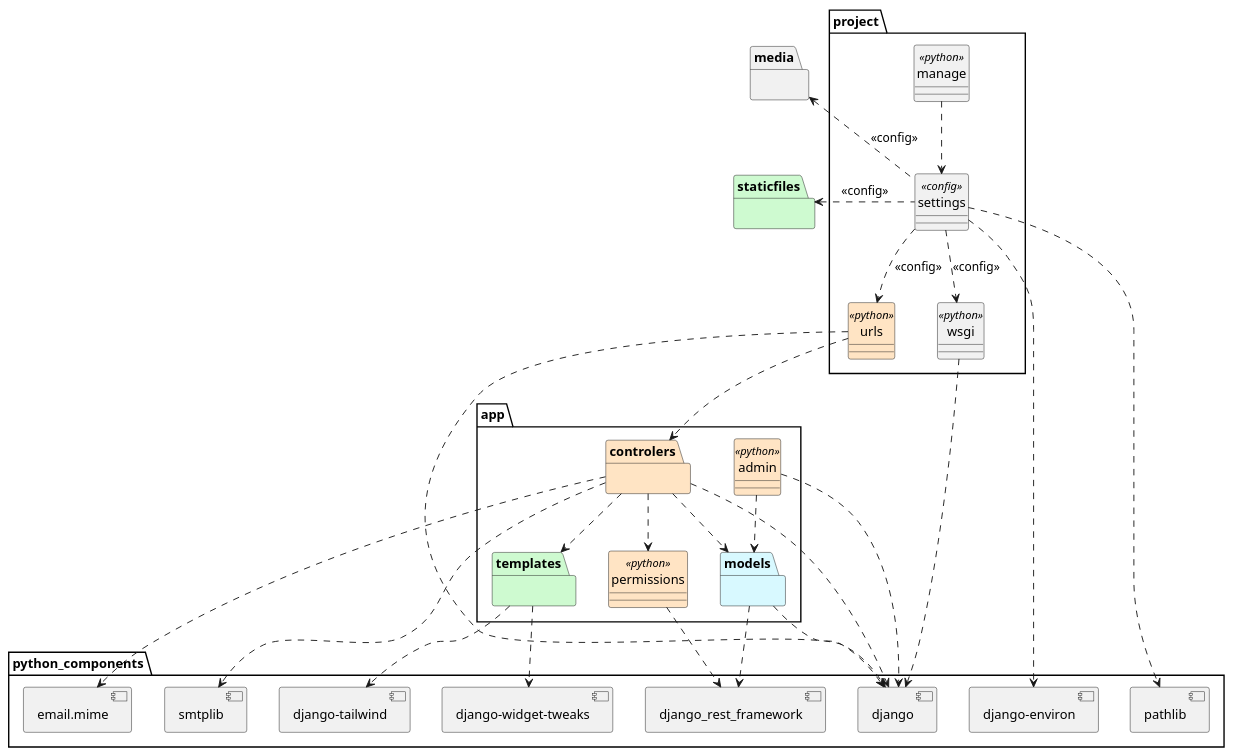
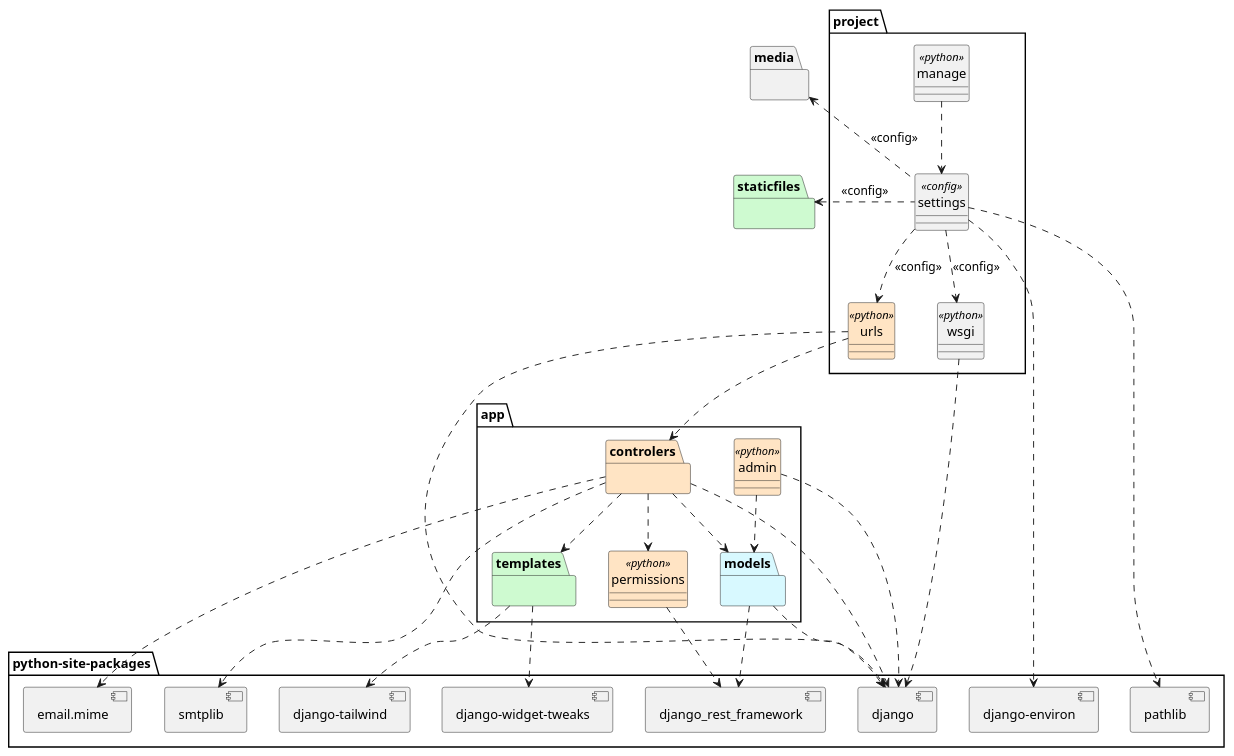
The diagram in logicalView/designView/django/packageDesign/designPackageDiagram.plantuml (mpaulaherrero/tesis-frameworks-backend-diagrams), drawn with PlantUML before and after one commit.

Commit message:
nombre mas parecido al directorio de python

```diff
--- a/logicalView/designView/django/packageDesign/designPackageDiagram.plantuml
+++ b/logicalView/designView/django/packageDesign/designPackageDiagram.plantuml
@@ -1,144 +1,144 @@
 @startuml
 skinparam style strictuml
 allow_mixing
 
-package "python_components" as components {
+package "python-site-packages" as components {
     component "django-widget-tweaks" as tweaks
     component "django-tailwind" as tailwind
     component "email.mime" as email
     component smtplib
     component "django_rest_framework" as restframework
     component pathlib
     component "django-environ" as environ
     component django {
         'component "contrib" as django.contrib
         'component "core" as django.core
         'component "http" as django.http
         'component "shortcuts" as django.shortcuts
         'component "views" as django.views
         'component "utils" as django.utils
         'component "db" as django.db
         'component "forms" as django.forms
         'component "urls" as django.url
     }
 }
 
 package project {
     '.env es un archivo de configuración de environ
     'class asgi <<python>>
     class wsgi <<python>>
     class settings <<config>>
     class urls <<python>> #bisque
     class manage <<python>>
     'será que manage va? es una utilidad de linea de comando
 }
 
 package app {
     package controlers as controllers #bisque {
         'package comment_views {}
         'package publication_views {}
         'package user_views {}
     }
     package models #d8f9ff{
         'package user {}
         'package user_forms {}
     }
     package templates #cefad0 {}
     class admin <<python>> #bisque
     class permissions <<python>> #bisque
 }
 
 package staticfiles #cefad0{
     'package admin as staticfilesadmin {
     '    package css {}
     '    package img {}
     '    package js {}
     '}
     'package rest_framework{
     '    package css {}
     '    package docs {
         '    package css {}
         '    package img {}
         '    package js {}
     '    }
     '    package fonts {}
     '    package img {}
     '    package js {}
     '}
 }
 
 'package theme #cefad0{
     'package "dist" as static.css.dist {}
     'package "templates" as theme.templates {}
 '}
 
 package media {}
 
 manage .d.> settings
 settings ..> environ
 settings ..> pathlib
 settings .d.> urls: <<config>>
 settings ..> wsgi: <<config>>
 'settings ..> templates
 'settings ..> admin
 settings .l.> media: <<config>>
 settings .l.> staticfiles: <<config>>
 'settings -l-> theme: <<config>>
 
 'diseño
 urls -[hidden]l- wsgi
 media -[hidden]d- staticfiles
 'staticfiles -[hidden]l- theme
 environ -[hidden]l- django
 
 
 wsgi ..> django
 urls ..> django
 
 urls .d.> controllers
 'urls -d-> user_views
 'urls -d-> publication_views
 'urls -d-> comment_views
 
 
 admin ..> models
 admin ..> django
 
 'comment_views --> models
 'publication_views --> models
 'user_views --> models
 'user_forms -r-> user
 controllers ..> models
 controllers ..> templates
 controllers ..> permissions
 'controllers ..> settings CICLO
 controllers ..> django
 'controllers ..> django.contrib
 'controllers ..> django.core
 'controllers ..> django.http
 'controllers ..> django.shortcuts
 'controllers ..> django.views
 'controllers ..> django.utils
 controllers ..> email
 controllers ..> smtplib
 
 'templates .l.> theme
 'templates ..> staticfiles
 templates ..> tweaks
 templates ..> tailwind
 permissions ..> restframework
 
 models ..> restframework
 models ..> django
 'models ..> django.db
 'models ..> django.url
 'models ..> django.forms
 'models ..> django.core
 'models ..> django.contrib
 
 'comment_views --> restframework
 'publication_views --> restframework
 'user_views --> restframework
 'django -[hidden]d-> components
 
 @enduml
```
